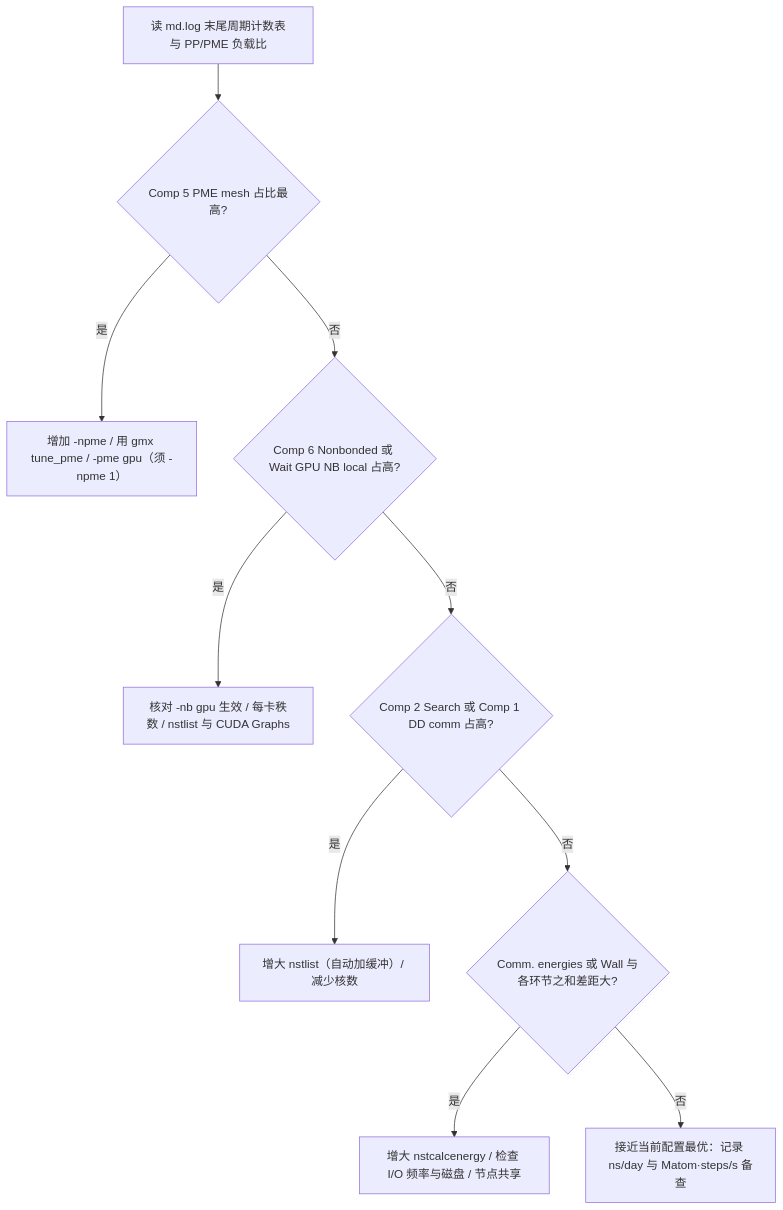
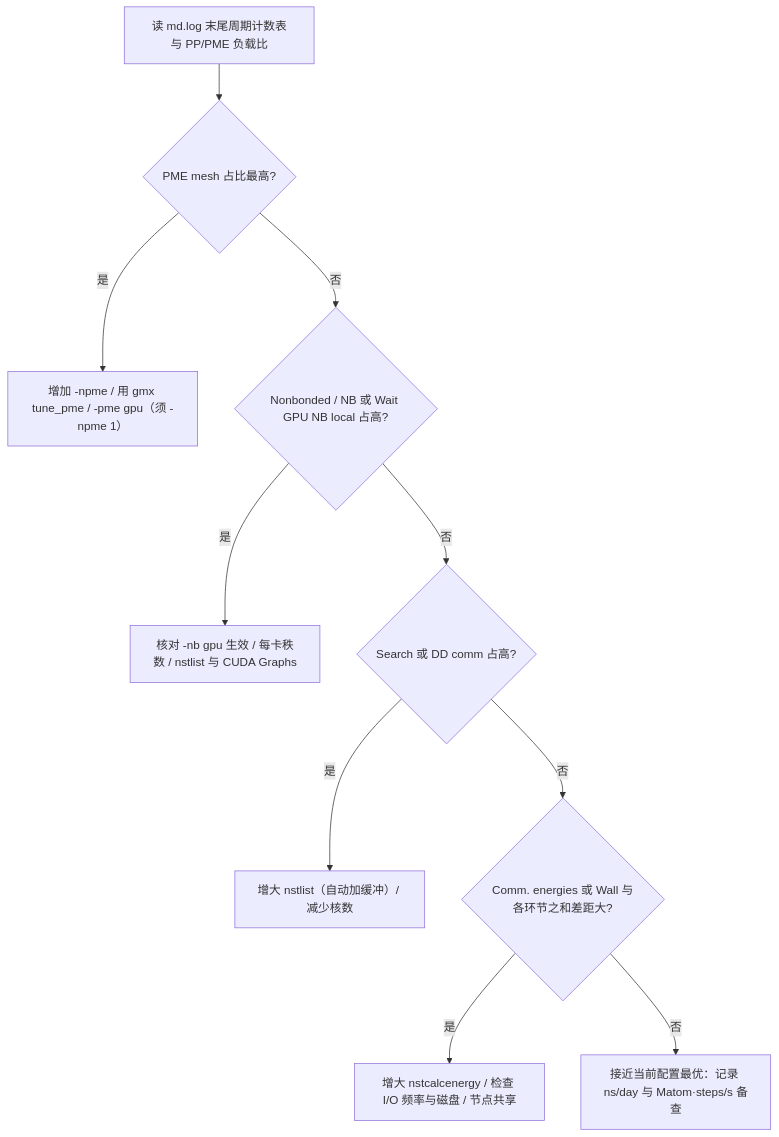
The second of 3 diagrams in 06-运行、性能与故障诊断.md (CharlesHahn/GROMACS-Molecular-Dynamics-and-Python-Programming), drawn with Mermaid before and after one commit. The commit also changed other lines of this file, not shown here.

Commit message:
阶段1 P0 第6章：周期计数表行名按版本差异改写，决策改用语义环节
- 行名不再固定写 Comp 1-6（新版已改为 Force/PME mesh/Buffer ops 语义行名），注明以 md.log 实际输出为准
- 6.5.2 决策树与图6-2 改用 PME mesh/Nonbonded/Search/DD comm 语义分支
- 补 mts 仅限 CPU 积分路径（-update cpu）的版本边界

````diff
--- a/06-运行、性能与故障诊断.md
+++ b/06-运行、性能与故障诊断.md
@@ -204,12 +204,12 @@
 ```mermaid
 flowchart TD
-    A[读 md.log 末尾周期计数表与 PP/PME 负载比] --> B{Comp 5 PME mesh 占比最高?}
+    A[读 md.log 末尾周期计数表与 PP/PME 负载比] --> B{PME mesh 占比最高?}
     B -- 是 --> C[增加 -npme / 用 gmx tune_pme / -pme gpu（须 -npme 1）]
-    B -- 否 --> D{Comp 6 Nonbonded 或 Wait GPU NB local 占高?}
+    B -- 否 --> D{Nonbonded / NB 或 Wait GPU NB local 占高?}
     D -- 是 --> E[核对 -nb gpu 生效 / 每卡秩数 / nstlist 与 CUDA Graphs]
-    D -- 否 --> F{Comp 2 Search 或 Comp 1 DD comm 占高?}
+    D -- 否 --> F{Search 或 DD comm 占高?}
     F -- 是 --> G[增大 nstlist（自动加缓冲）/ 减少核数]
     F -- 否 --> H{Comm. energies 或 Wall 与各环节之和差距大?}
     H -- 是 --> I[增大 nstcalcenergy / 检查 I/O 频率与磁盘 / 节点共享]
     H -- 否 --> J[接近当前配置最优：记录 ns/day 与 Matom·steps/s 备查]
 ```
````
